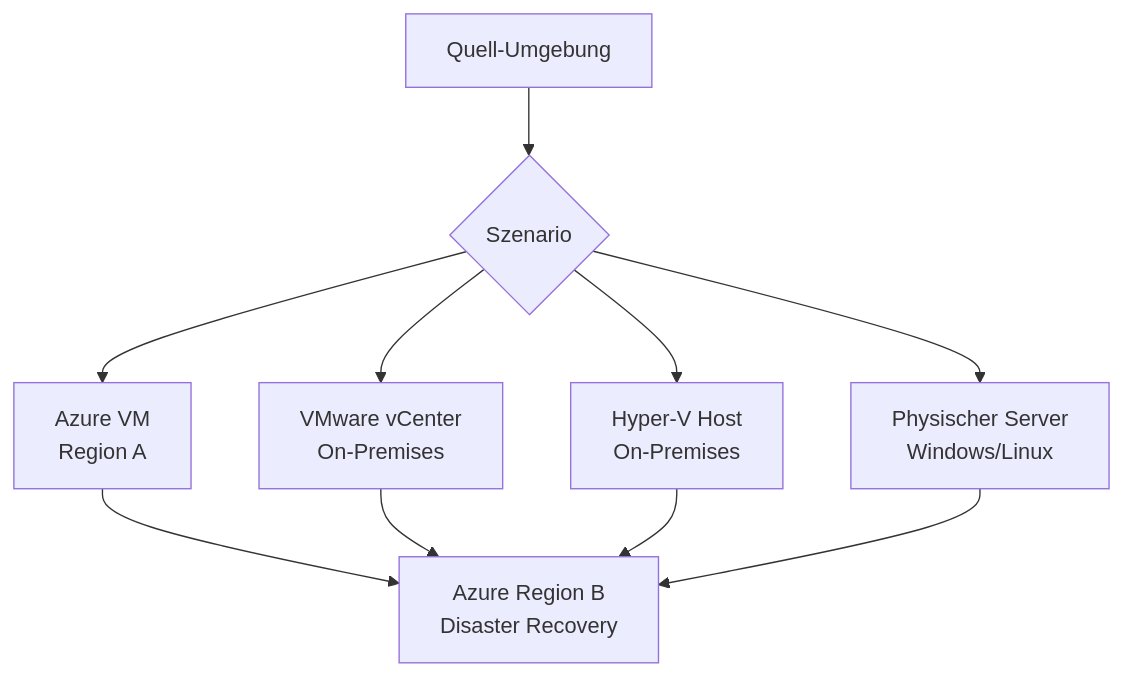
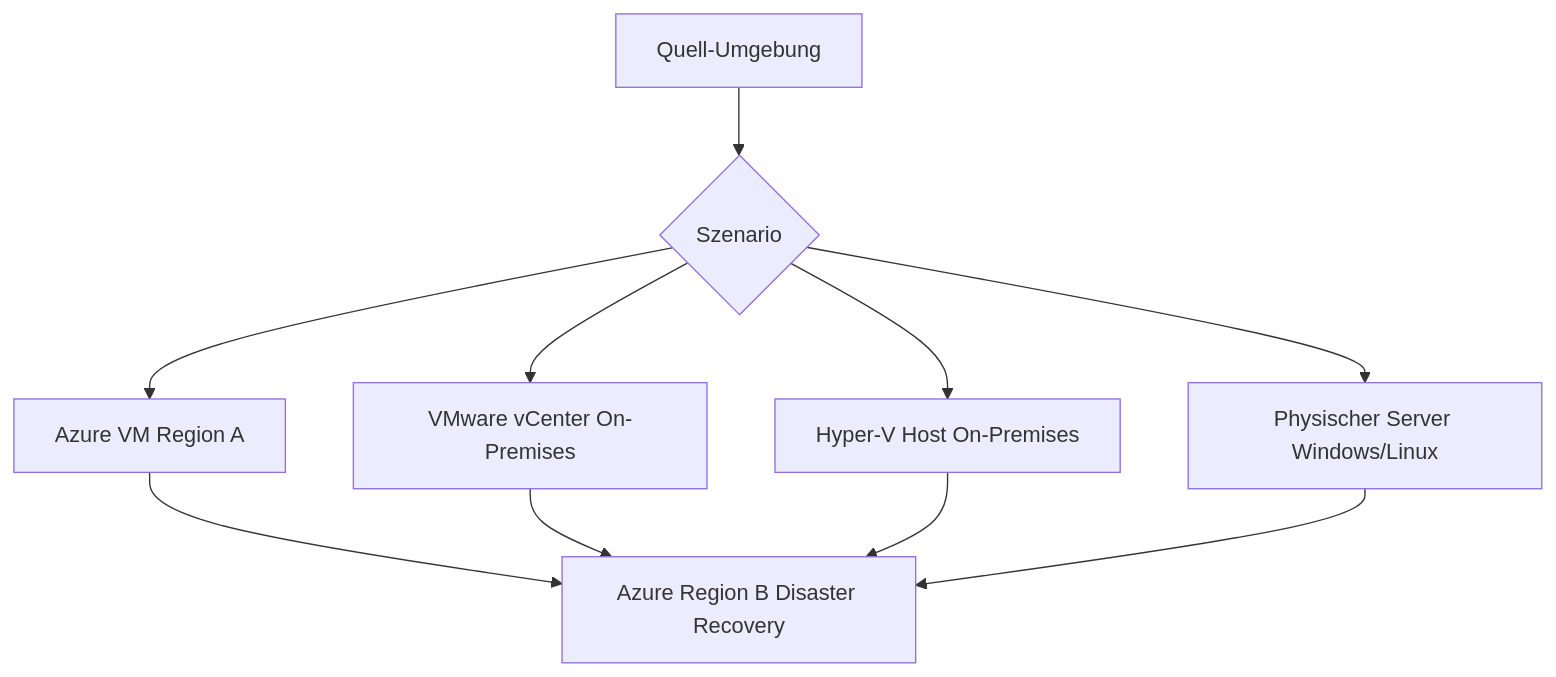
Before and after one commit to SoniiiT/notes-n-docs: the first of 6 diagrams in Microsoft 365/Azure/Monitor und Management/Azure Site Recovery.md, drawn with Mermaid. The commit also changed other lines of this file and 124 other files, not shown here.

First line of the commit message:
fix: Entferne \n aus allen Mermaid-Diagrammen (125 Dateien)

````diff
--- a/Microsoft 365/Azure/Monitor und Management/Azure Site Recovery.md
+++ b/Microsoft 365/Azure/Monitor und Management/Azure Site Recovery.md
@@ -54,12 +54,12 @@
 ```mermaid
 graph TD
     A[Quell-Umgebung] --> B{Szenario}
-    B --> C[Azure VM\nRegion A]
-    B --> D[VMware vCenter\nOn-Premises]
-    B --> E[Hyper-V Host\nOn-Premises]
-    B --> F[Physischer Server\nWindows/Linux]
-    C --> G[Azure Region B\nDisaster Recovery]
+    B --> C[Azure VM Region A]
+    B --> D[VMware vCenter On-Premises]
+    B --> E[Hyper-V Host On-Premises]
+    B --> F[Physischer Server Windows/Linux]
+    C --> G[Azure Region B Disaster Recovery]
     D --> G
     E --> G
     F --> G
 ```
````
